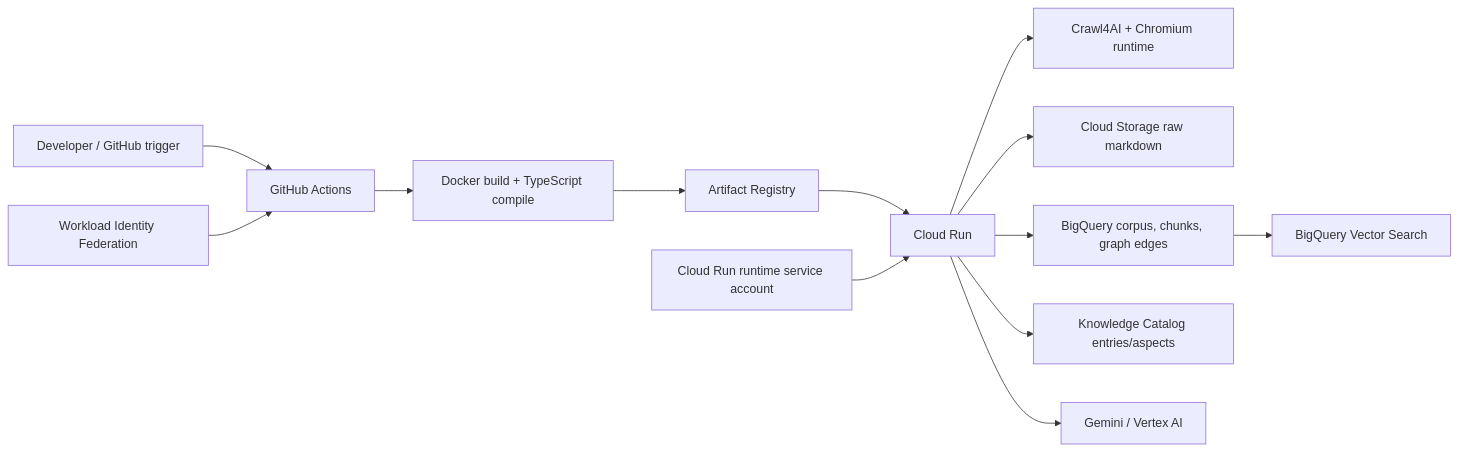
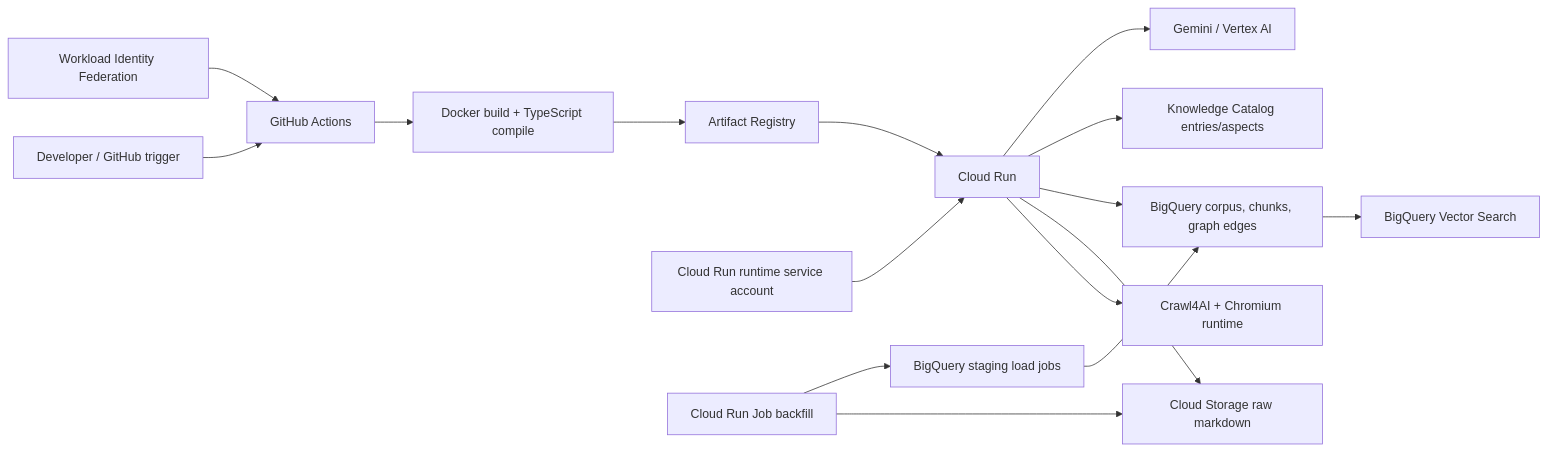
The diagram in doc/cicd.md (plc1220/islamic-jurisprudence-agent-knowledge-graph), drawn with Mermaid before and after one commit. The commit also changed other lines of this file and 5 other files, not shown here.

Commit message:
Add staged backfill job deployment

````diff
--- a/doc/cicd.md
+++ b/doc/cicd.md
@@ -7,15 +7,18 @@
 ```mermaid
 graph LR
     Dev["Developer / GitHub trigger"] --> GHA["GitHub Actions"]
     GHA --> Docker["Docker build + TypeScript compile"]
     Docker --> GAR["Artifact Registry"]
     GAR --> CR["Cloud Run"]
     WIF["Workload Identity Federation"] --> GHA
     SA["Cloud Run runtime service account"] --> CR
     CR --> C4AI["Crawl4AI + Chromium runtime"]
     CR --> GCS["Cloud Storage raw markdown"]
-    CR --> BQ["BigQuery corpus, chunks, graph edges"]
+    JOB["Cloud Run Job backfill"] --> GCS
+    JOB --> BQLOAD["BigQuery staging load jobs"]
+    BQLOAD --> BQ["BigQuery corpus, chunks, graph edges"]
+    CR --> BQ
     BQ --> BQVS["BigQuery Vector Search"]
     CR --> KC["Knowledge Catalog entries/aspects"]
     CR --> Vertex["Gemini / Vertex AI"]
 ```
````
